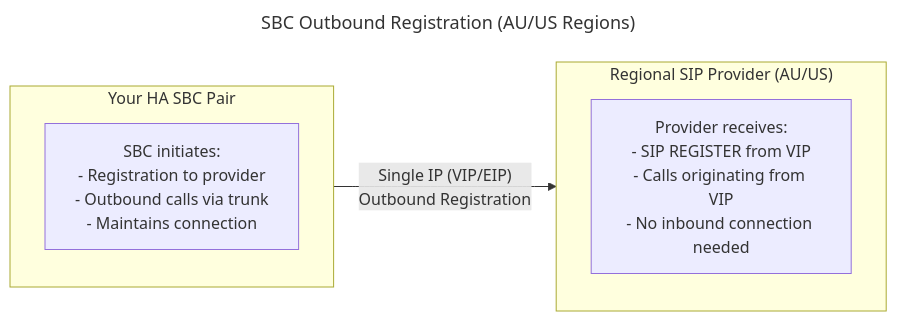
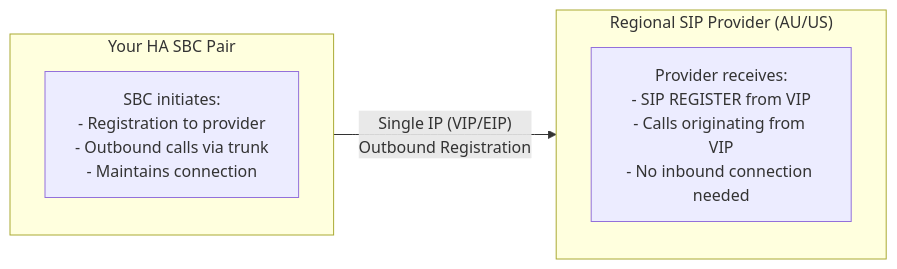
One commit to kevinsing999/public changed the seventh of 26 diagrams in AudioCodes-AWS-Deployment-Guide.md. Above: the diagram before and after it, drawn with Mermaid. The commit also changed other lines of this file and 4 other files, not shown here.

First line of the commit message:
Fix GitHub mermaid rendering: replace unsupported syntax across 20 diagrams

````diff
--- a/AudioCodes-AWS-Deployment-Guide.md
+++ b/AudioCodes-AWS-Deployment-Guide.md
@@ -2464,17 +2471,14 @@
 ```mermaid
----
-title: SBC Outbound Registration (AU/US Regions)
----
 flowchart LR
     subgraph SBC["Your HA SBC Pair"]
         direction TB
         SBC_Init["SBC initiates:<br/>- Registration to provider<br/>- Outbound calls via trunk<br/>- Maintains connection"]
     end
 
     subgraph Provider["Regional SIP Provider (AU/US)"]
         direction TB
         Provider_Recv["Provider receives:<br/>- SIP REGISTER from VIP<br/>- Calls originating from VIP<br/>- No inbound connection needed"]
     end
 
     SBC -->|"Single IP (VIP/EIP)<br/>Outbound Registration"| Provider
 ```
````
